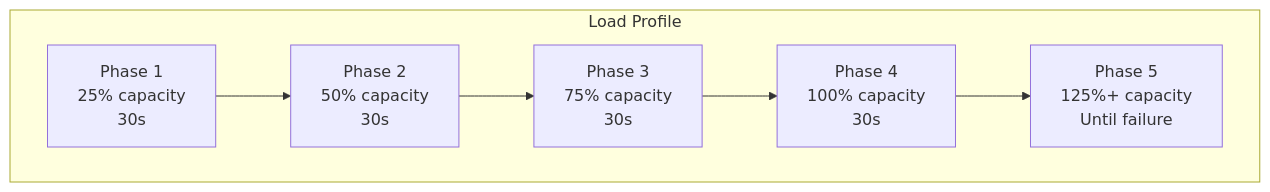
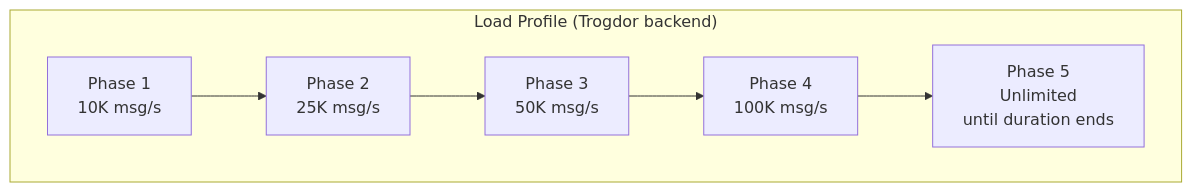
The third of 10 diagrams in docs/book/05-test-types.md (actions-marketplace-validations/bmscomp_kates), drawn with Mermaid before and after one commit. The commit also changed other lines of this file and 23 other files, not shown here.

````diff
--- a/docs/book/05-test-types.md
+++ b/docs/book/05-test-types.md
@@ -118,7 +120,7 @@
 ```mermaid
 graph LR
-    subgraph Stress["Load Profile"]
+    subgraph Stress["Load Profile (Trogdor backend)"]
         direction LR
-        P1["Phase 1<br/>25% capacity<br/>30s"] --> P2["Phase 2<br/>50% capacity<br/>30s"] --> P3["Phase 3<br/>75% capacity<br/>30s"] --> P4["Phase 4<br/>100% capacity<br/>30s"] --> P5["Phase 5<br/>125%+ capacity<br/>Until failure"]
+        P1["Phase 1<br/>10K msg/s"] --> P2["Phase 2<br/>25K msg/s"] --> P3["Phase 3<br/>50K msg/s"] --> P4["Phase 4<br/>100K msg/s"] --> P5["Phase 5<br/>Unlimited<br/>until duration ends"]
     end
 ```
````
